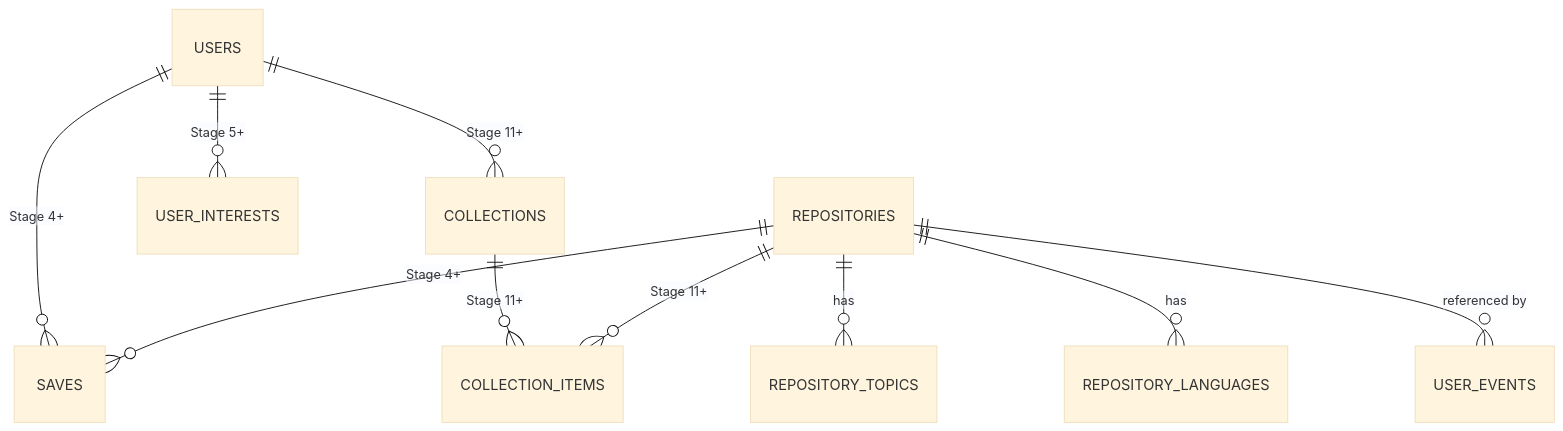
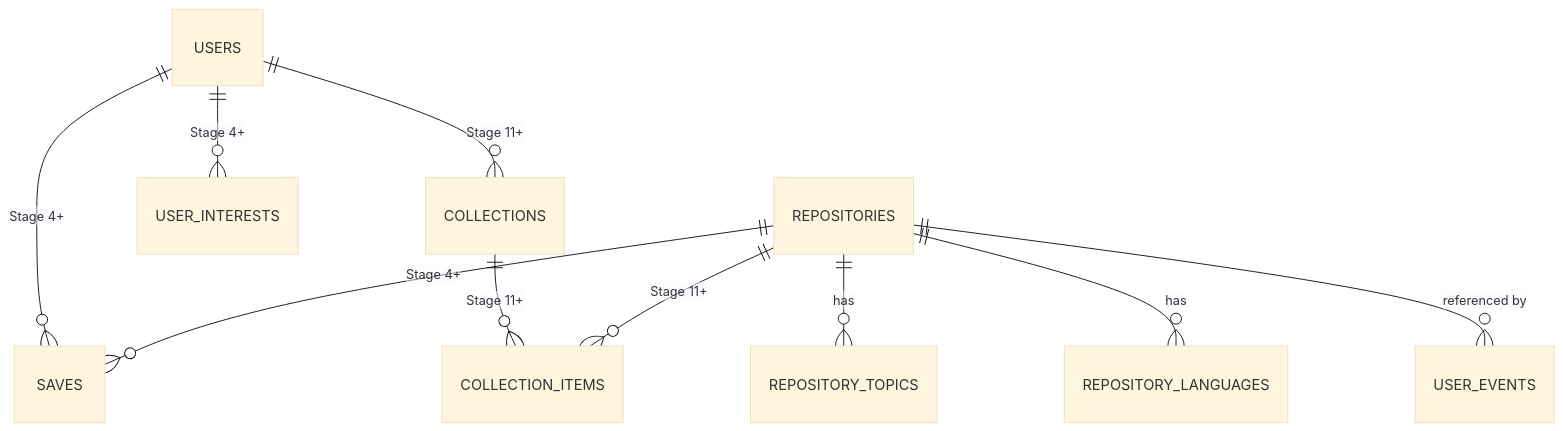
One commit to Nishant167/devfeed changed the eighth of 8 diagrams in DEVFEED.md. Above: the diagram before and after it, drawn with Mermaid (base theme). The commit also changed other lines of this file, not shown here.

````diff
--- a/DEVFEED.md
+++ b/DEVFEED.md
@@ -889,12 +894,12 @@
 ```mermaid
 erDiagram
     REPOSITORIES ||--o{ REPOSITORY_TOPICS : has
     REPOSITORIES ||--o{ REPOSITORY_LANGUAGES : has
     REPOSITORIES ||--o{ USER_EVENTS : "referenced by"
     USERS ||--o{ SAVES : "Stage 4+"
     REPOSITORIES ||--o{ SAVES : "Stage 4+"
-    USERS ||--o{ USER_INTERESTS : "Stage 5+"
+    USERS ||--o{ USER_INTERESTS : "Stage 4+"
     USERS ||--o{ COLLECTIONS : "Stage 11+"
     COLLECTIONS ||--o{ COLLECTION_ITEMS : "Stage 11+"
     REPOSITORIES ||--o{ COLLECTION_ITEMS : "Stage 11+"
 ```
````
